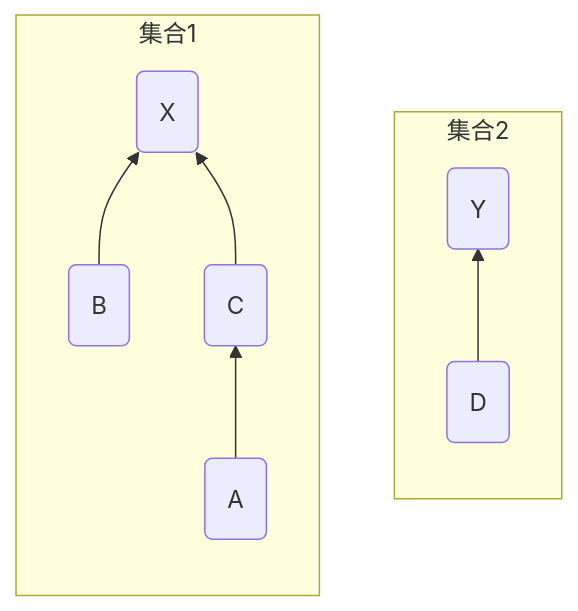
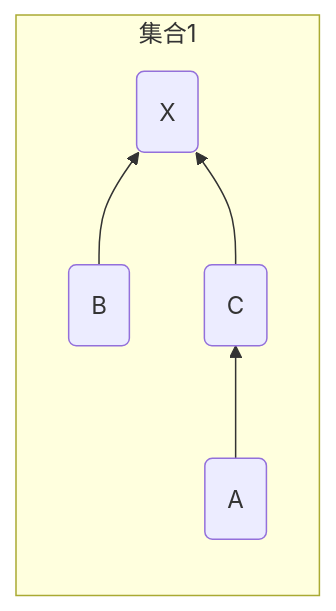
The fourth of 13 diagrams in _posts/data_structure/graph/2021-10-06-并查集与最小生成树.md (dmjcb/dmjcb.github.io), drawn with Mermaid before and after one commit. The commit also changed other lines of this file and 33 other files, not shown here.

````diff
--- a/_posts/data_structure/graph/2021-10-06-并查集与最小生成树.md
+++ b/_posts/data_structure/graph/2021-10-06-并查集与最小生成树.md
@@ -65,13 +82,9 @@
 ```mermaid
 graph BT;
-    subgraph 集合2
-    direction BT
-        d(D)-->y(Y)
-    end
-    subgraph 集合1
+subgraph 集合1
     direction BT
         a(A)-->c(C)
         b(B)-->x(X)
         c(C)-->x(X)
     end
 ```
````
